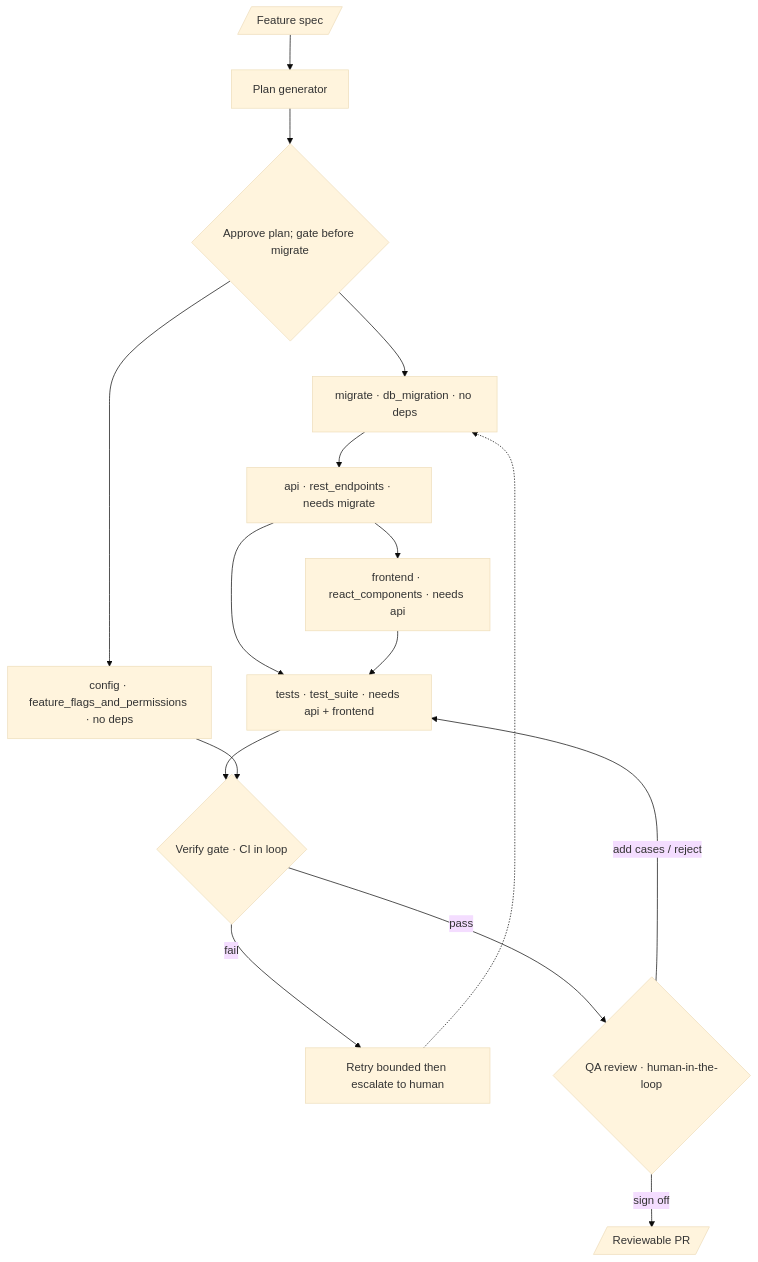
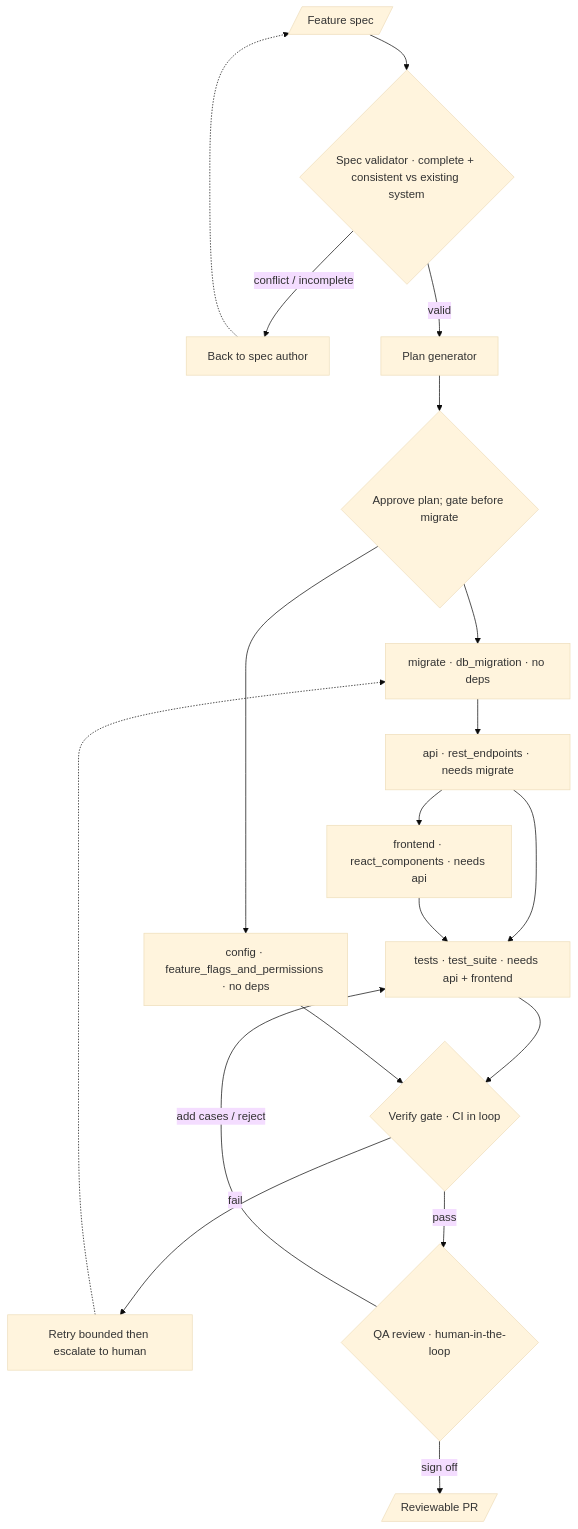
Before and after one commit to heilashahidi/athena-software-factory: the second of 8 diagrams in Software Factory Architecture.md, drawn with Mermaid (base theme).

Commit message:
Add spec validator + consistency gate node to generation DAG

````diff
--- a/Software Factory Architecture.md
+++ b/Software Factory Architecture.md
@@ -49,18 +49,21 @@
 ```mermaid
 flowchart TB
-  spec[/"Feature spec"/] --> plangen["Plan generator"]
+  spec[/"Feature spec"/] --> validate{"Spec validator · complete + consistent vs existing system"}
+  validate -->|"conflict / incomplete"| amend["Back to spec author"]
+  amend -.-> spec
+  validate -->|valid| plangen["Plan generator"]
   plangen --> approve{"Approve plan; gate before migrate"}
   approve --> migrate["migrate · db_migration · no deps"]
   migrate --> api["api · rest_endpoints · needs migrate"]
   api --> fe["frontend · react_components · needs api"]
   api --> tests["tests · test_suite · needs api + frontend"]
   fe --> tests
   approve --> config["config · feature_flags_and_permissions · no deps"]
   tests --> verify{"Verify gate · CI in loop"}
   config --> verify
   verify -->|fail| retry["Retry bounded then escalate to human"]
   retry -.-> migrate
   verify -->|pass| qa{"QA review · human-in-the-loop"}
   qa -->|sign off| pr[/"Reviewable PR"/]
   qa -->|add cases / reject| tests
 ```
````
